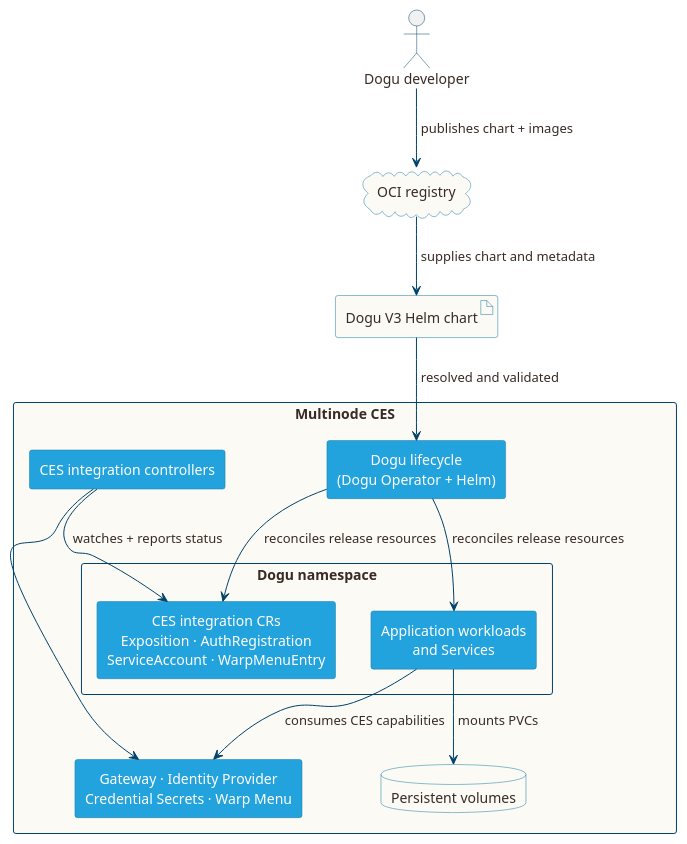
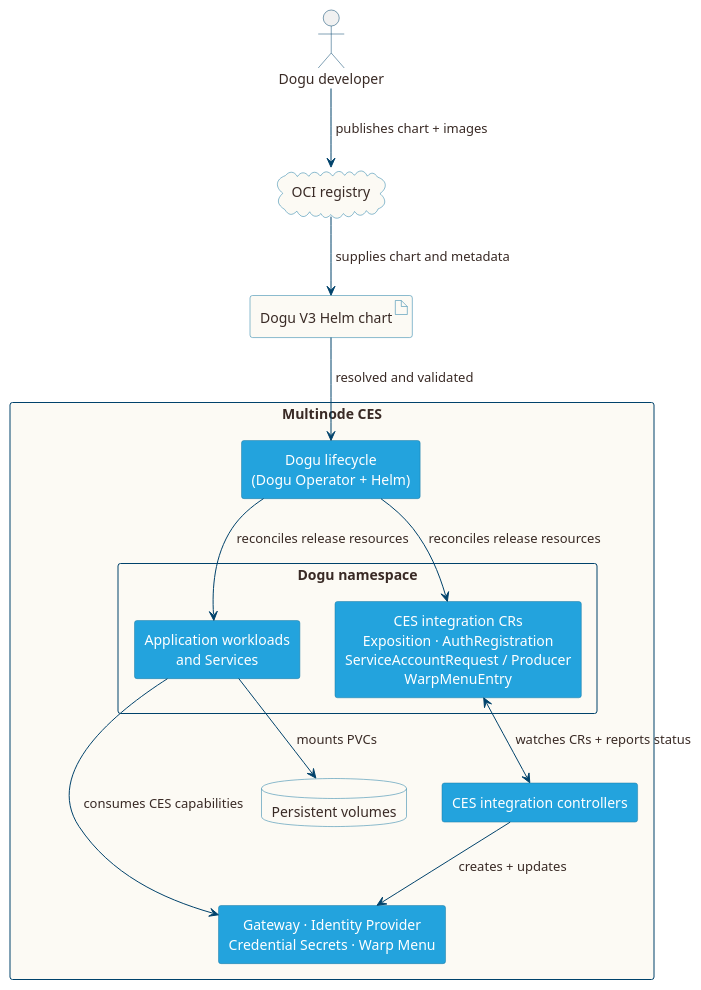
The diagram in docs/v3/images/multinode-system-context.puml (cloudogu/dogu-development-docs), drawn with PlantUML before and after one commit. The commit also changed 13 other files, not shown here.

Commit message:
#88 Improve Dogu V3 partner guidance and diagrams

```diff
--- a/docs/v3/images/multinode-system-context.puml
+++ b/docs/v3/images/multinode-system-context.puml
@@ -1,75 +1,75 @@
 @startuml
 skinparam backgroundColor white
 skinparam shadowing false
 skinparam componentStyle rectangle
 hide stereotype
 skinparam defaultTextAlignment center
 skinparam ArrowColor #00426B
 skinparam ArrowFontColor #392A25
 skinparam ActorBorderColor #00426B
 skinparam ActorFontColor #392A25
 skinparam rectangle {
   BackgroundColor #FCFAF4
   BorderColor #00426B
   FontColor #392A25
 }
 skinparam component {
   BackgroundColor #23A3DD
   BorderColor #1978A3
   FontColor #FFFFFF
 }
 skinparam cloud {
   BackgroundColor #FCFAF4
   BorderColor #1978A3
   FontColor #392A25
 }
 skinparam artifact {
   BackgroundColor #FCFAF4
   BorderColor #1978A3
   FontColor #392A25
 }
 skinparam database {
   BackgroundColor #FCFAF4
   BorderColor #1978A3
   FontColor #392A25
 }
 
 <style>
 arrow {
   Padding 5
 }
 rectangle {
   .doguNamespace {
     HorizontalAlignment left
   }
 }
 </style>
 
 actor "Dogu developer" as developer
 cloud "OCI registry" as registry
 artifact "Dogu V3 Helm chart" as chart
 
 rectangle "Multinode CES" {
   component "Dogu lifecycle\n(Dogu Operator + Helm)" as lifecycle
 
   rectangle "Dogu namespace" <<doguNamespace>> {
     component "Application workloads\nand Services" as workloads
-    component "CES integration CRs\nExposition · AuthRegistration\nServiceAccount · WarpMenuEntry" as crs
+    component "CES integration CRs\nExposition · AuthRegistration\nServiceAccountRequest / Producer\nWarpMenuEntry" as crs
   }
 
   component "CES integration controllers" as controllers
   component "Gateway · Identity Provider\nCredential Secrets · Warp Menu" as services
   database "Persistent volumes" as storage
 }
 
 developer --> registry : &#160;publishes chart + images
 registry --> chart : &#160;supplies chart and metadata
 chart --> lifecycle : &#160;resolved and validated
 lifecycle --> workloads : &#160;reconciles release resources
 lifecycle --> crs : &#160;reconciles release resources
-controllers --> crs : &#160;watches + reports status
-controllers --> services
+crs <--> controllers : &#160;watches CRs + reports status
+controllers --> services : &#160;creates + updates
 workloads --> storage : &#160;mounts PVCs
 workloads --> services : &#160;consumes CES capabilities
 
 @enduml
```
